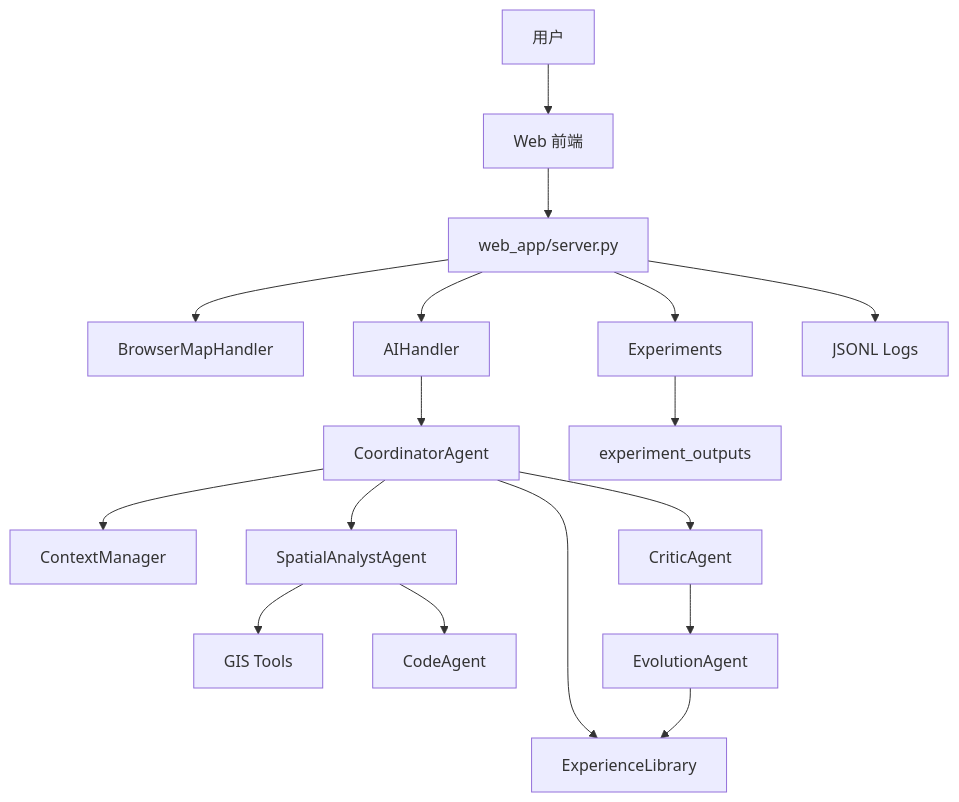
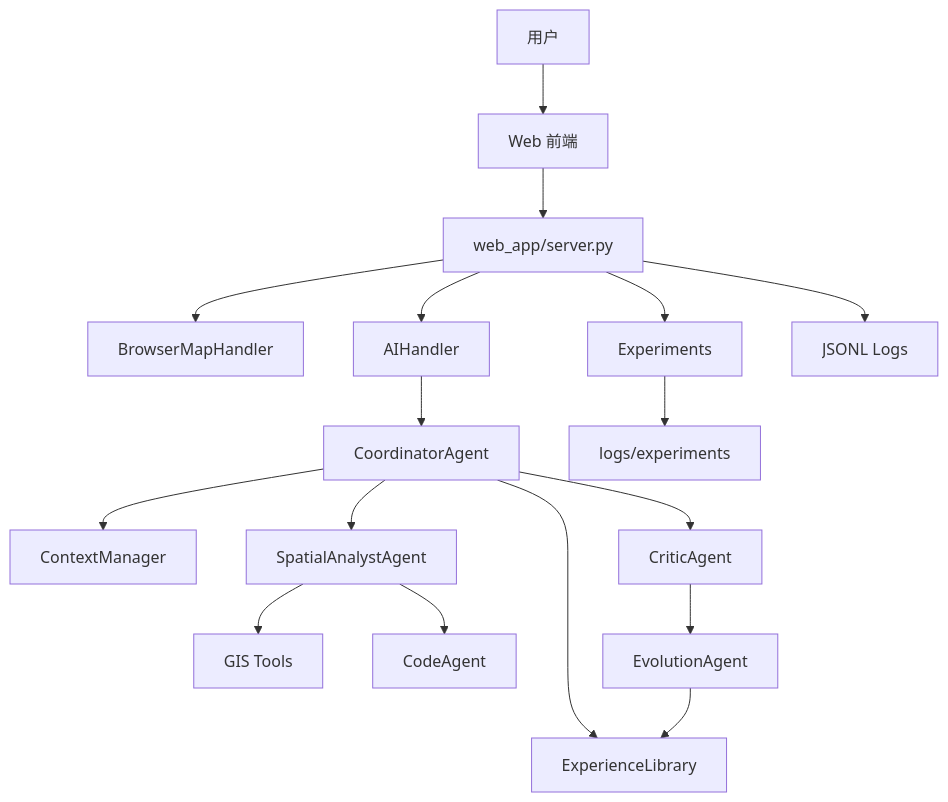
One commit to AritiYoshino/geoai changed the diagram in plans/project_analysis.md. Above: the diagram before and after it, drawn with Mermaid. The commit also changed other lines of this file and 9037 other files, not shown here.

````diff
--- a/plans/project_analysis.md
+++ b/plans/project_analysis.md
@@ -29,19 +29,19 @@
 ```mermaid
 flowchart TD
     U[用户] --> FE[Web 前端]
     FE --> API[web_app/server.py]
     API --> MH[BrowserMapHandler]
     API --> AI[AIHandler]
     AI --> C[CoordinatorAgent]
     C --> CM[ContextManager]
     C --> EL[ExperienceLibrary]
     C --> SA[SpatialAnalystAgent]
     SA --> T[GIS Tools]
     SA --> CA[CodeAgent]
     C --> CR[CriticAgent]
     CR --> EV[EvolutionAgent]
     EV --> EL
     API --> EXP[Experiments]
-    EXP --> OUT[experiment_outputs]
+    EXP --> OUT[logs/experiments]
     API --> LOG[JSONL Logs]
 ```
````
